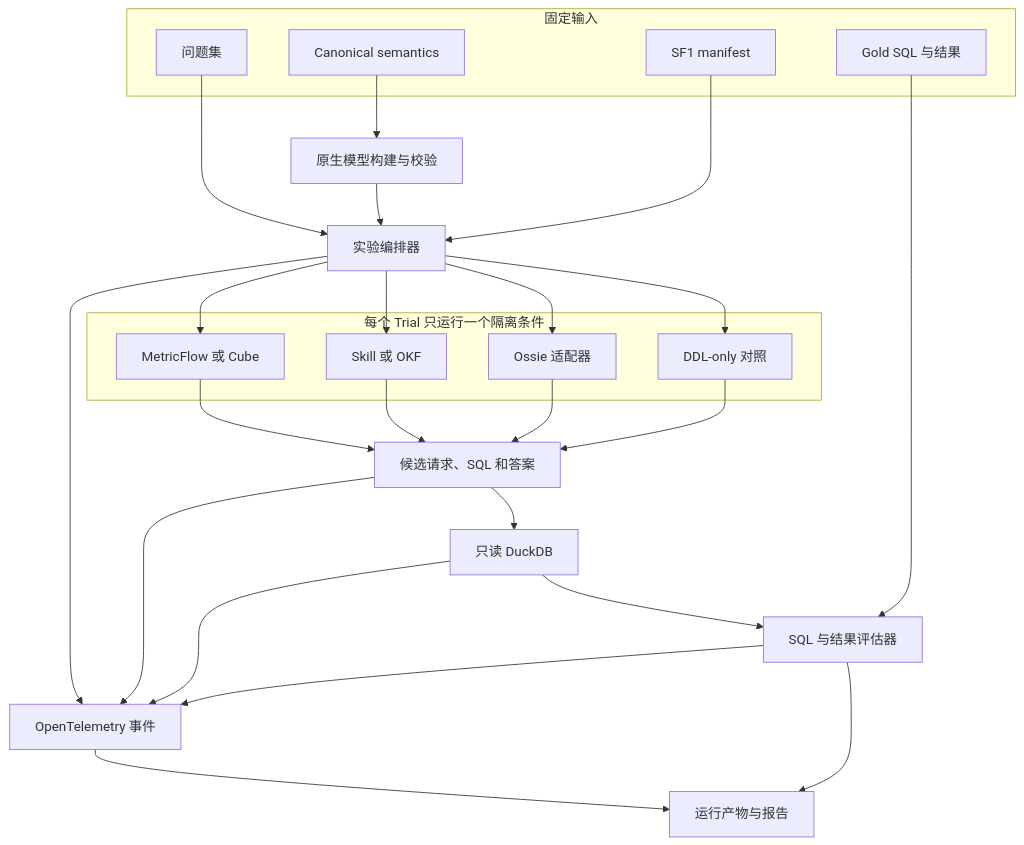
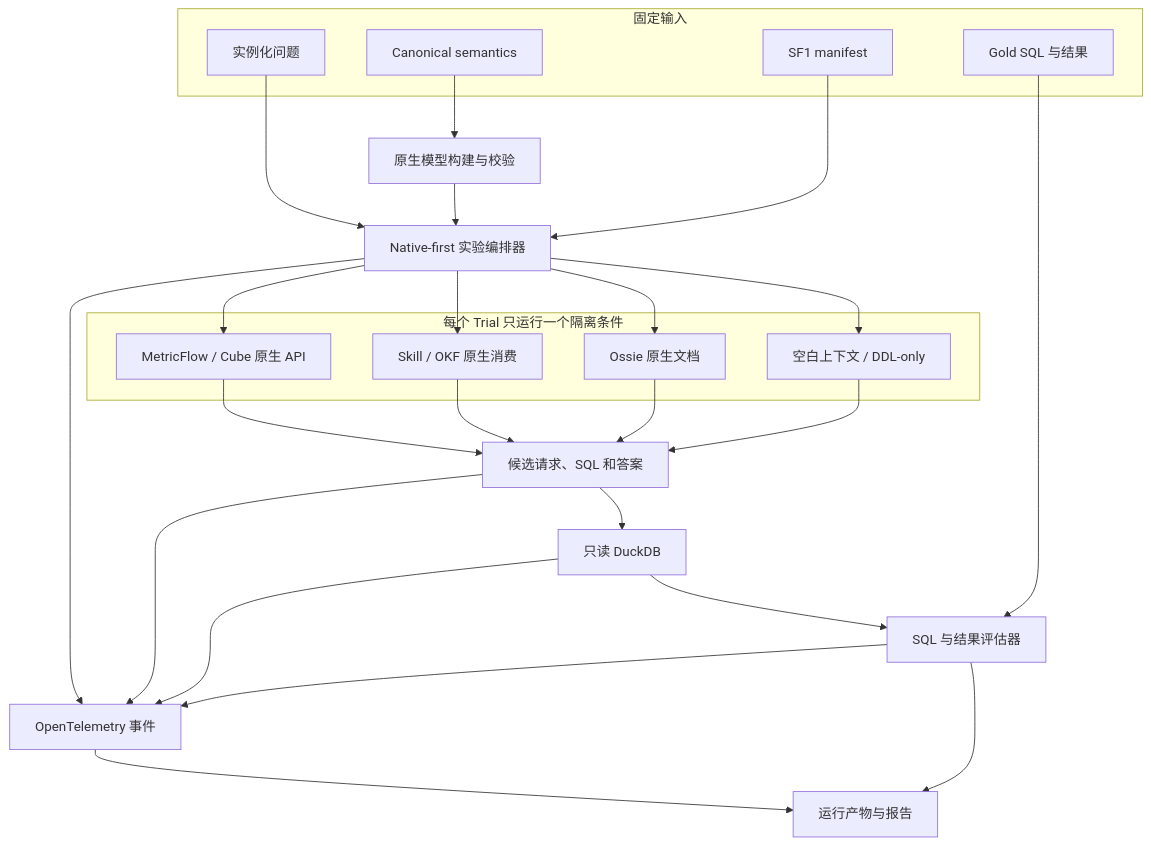
One commit to Jmmt-mingrui/semantic-layer-benchmark changed the first of 2 diagrams in README.zh-CN.md. Above: the diagram before and after it, drawn with Mermaid. The commit also changed other lines of this file, not shown here.

Commit message:
docs: document reproducible native experiments

````diff
--- a/README.zh-CN.md
+++ b/README.zh-CN.md
@@ -54,39 +55,39 @@
 ```mermaid
 flowchart TB
     subgraph inputs["固定输入"]
-        Q["问题集"]
+        Q["实例化问题"]
         C["Canonical semantics"]
         D["SF1 manifest"]
         G["Gold SQL 与结果"]
     end
 
     C --> M["原生模型构建与校验"]
-    Q --> R["实验编排器"]
+    Q --> R["Native-first 实验编排器"]
     M --> R
     D --> R
 
     subgraph target["每个 Trial 只运行一个隔离条件"]
-        E["MetricFlow 或 Cube"]
-        K["Skill 或 OKF"]
-        O["Ossie 适配器"]
-        B["DDL-only 对照"]
+        E["MetricFlow / Cube 原生 API"]
+        K["Skill / OKF 原生消费"]
+        O["Ossie 原生文档"]
+        B["空白上下文 / DDL-only"]
     end
 
     R --> E
     R --> K
     R --> O
     R --> B
     E --> A["候选请求、SQL 和答案"]
     K --> A
     O --> A
     B --> A
     A --> DB["只读 DuckDB"]
     DB --> V["SQL 与结果评估器"]
     G --> V
     R --> T["OpenTelemetry 事件"]
     A --> T
     DB --> T
     V --> T
     T --> P["运行产物与报告"]
     V --> P
 ```
````
